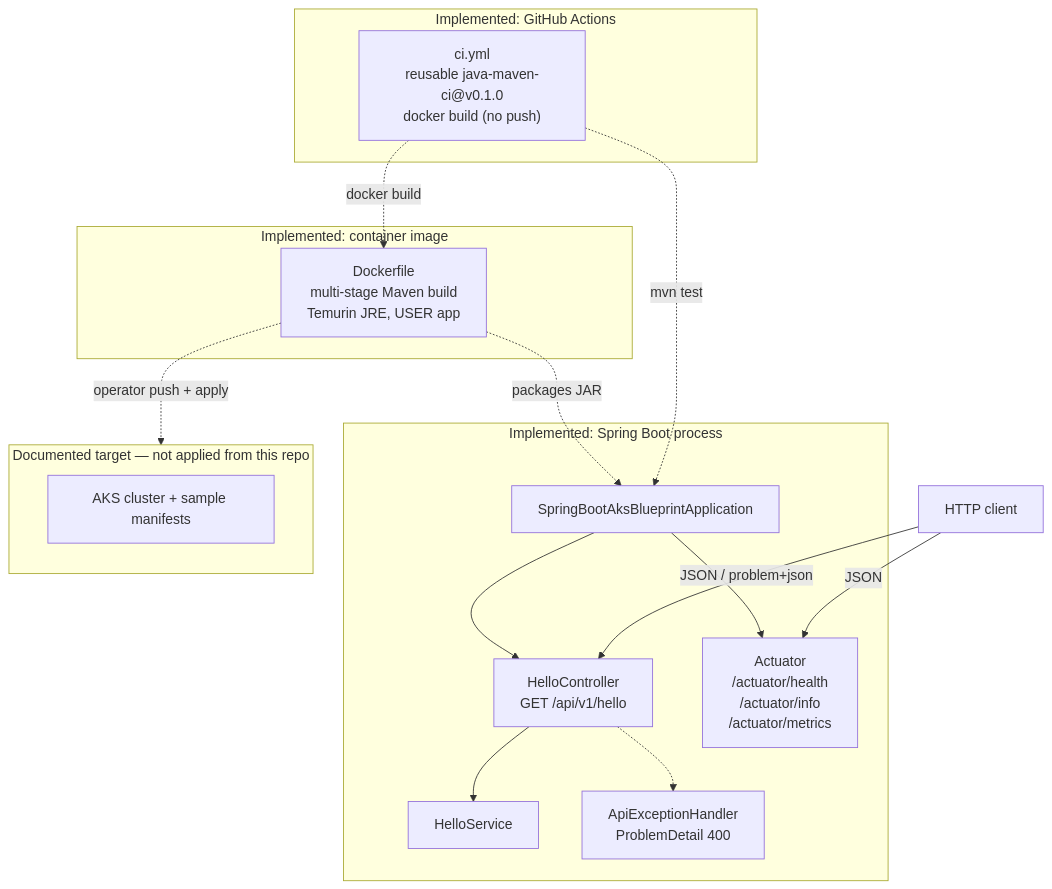
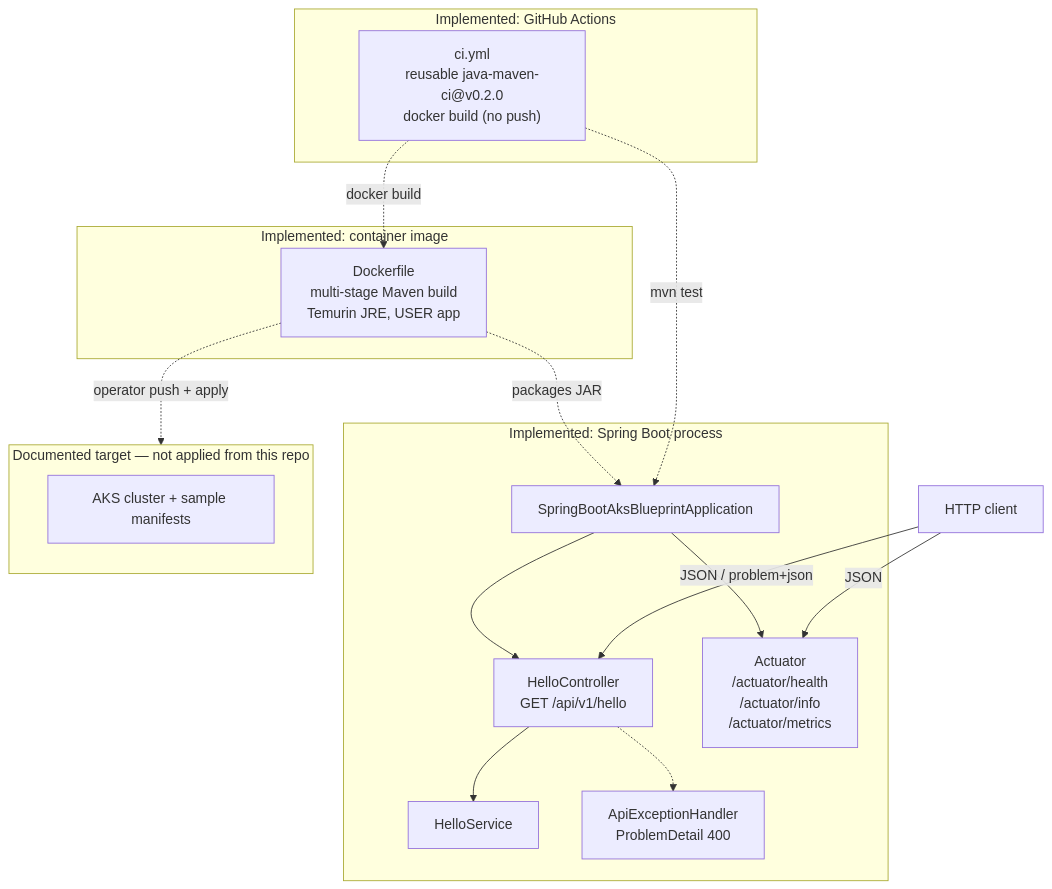
One commit to rmkr-dev/spring-boot-aks-blueprint changed the diagram in docs/architecture/architecture-diagram.md. Above: the diagram before and after it, drawn with Mermaid. The commit also changed 2 other files, not shown here.

Commit message:
docs: align ADR and diagrams with CI pin v0.2.0
Update ADR-001, architecture diagram, and development status for the v1 pin.

````diff
--- a/docs/architecture/architecture-diagram.md
+++ b/docs/architecture/architecture-diagram.md
@@ -5,36 +5,36 @@
 ```mermaid
 flowchart TB
   subgraph jvm["Implemented: Spring Boot process"]
     App["SpringBootAksBlueprintApplication"]
     Ctrl["HelloController<br/>GET /api/v1/hello"]
     Svc["HelloService"]
     Err["ApiExceptionHandler<br/>ProblemDetail 400"]
     Act["Actuator<br/>/actuator/health<br/>/actuator/info<br/>/actuator/metrics"]
     App --> Ctrl
     Ctrl --> Svc
     Ctrl -.-> Err
     App --> Act
   end
 
   Client["HTTP client"] -->|"JSON / problem+json"| Ctrl
   Client -->|"JSON"| Act
 
   subgraph image["Implemented: container image"]
     Docker["Dockerfile<br/>multi-stage Maven build<br/>Temurin JRE, USER app"]
   end
 
   Docker -.->|"packages JAR"| App
 
   subgraph ci["Implemented: GitHub Actions"]
-    GHA["ci.yml<br/>reusable java-maven-ci@v0.1.0<br/>docker build (no push)"]
+    GHA["ci.yml<br/>reusable java-maven-ci@v0.2.0<br/>docker build (no push)"]
   end
 
   GHA -.->|"mvn test"| App
   GHA -.->|"docker build"| Docker
 
   subgraph aks_target["Documented target — not applied from this repo"]
     AKS["AKS cluster + sample manifests"]
   end
 
   Docker -.->|"operator push + apply"| aks_target
 ```
````
